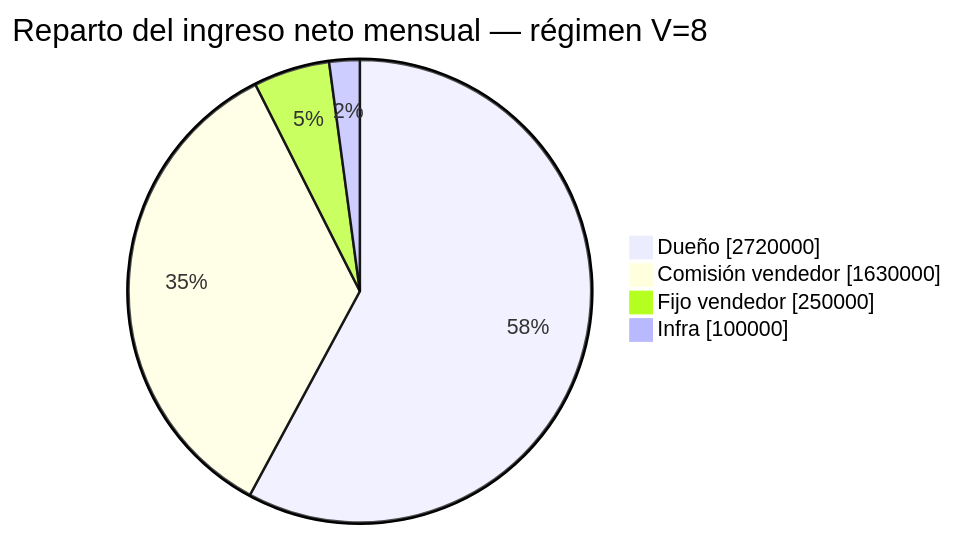
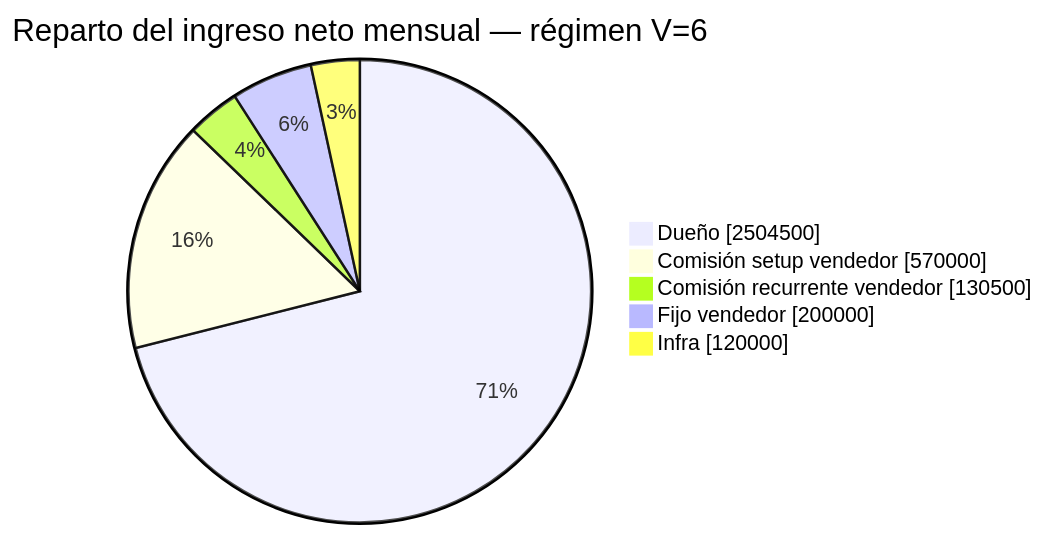
One commit to dantofema/comercial changed the third of 3 diagrams in vinotecas/lsp-vendedor.md. Above: the diagram before and after it, drawn with Mermaid. The commit also changed other lines of this file, not shown here.

Commit message:
docs(vinotecas): comision escalonada 3 tiers (fijo 200k) y piso dueno

````diff
--- a/vinotecas/lsp-vendedor.md
+++ b/vinotecas/lsp-vendedor.md
@@ -164,8 +227,9 @@
 ```mermaid
 pie showData
-    title Reparto del ingreso neto mensual — régimen V=8
-    "Dueño" : 2720000
-    "Comisión vendedor" : 1630000
-    "Fijo vendedor" : 250000
-    "Infra" : 100000
+    title Reparto del ingreso neto mensual — régimen V=6
+    "Dueño" : 2504500
+    "Comisión setup vendedor" : 570000
+    "Comisión recurrente vendedor" : 130500
+    "Fijo vendedor" : 200000
+    "Infra" : 120000
 ```
````
